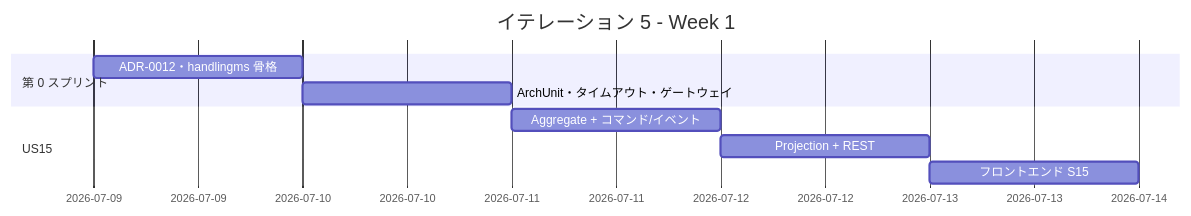
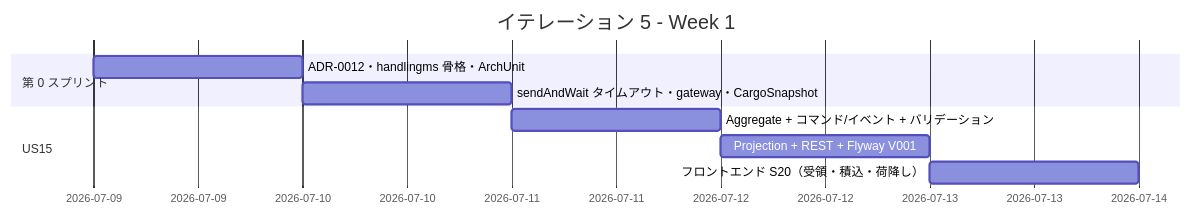
The first of 9 diagrams in docs/development/iteration_plan-5.md (k2works/case-study-cargo-tracker), drawn with Mermaid before and after one commit. The commit also changed other lines of this file, not shown here.

Commit message:
docs(iteration-5): IT4 品質水準に合わせ設計セクションを全面拡充（ドメインモデル・状態遷移・ER・ワイヤーフレーム・インタラクション図）

````diff
--- a/docs/development/iteration_plan-5.md
+++ b/docs/development/iteration_plan-5.md
@@ -188,12 +211,12 @@
 ```mermaid
 gantt
     title イテレーション 5 - Week 1
     dateFormat  YYYY-MM-DD
     section 第 0 スプリント
-    ADR-0012・handlingms 骨格   :d1, 2026-07-09, 1d
-    ArchUnit・タイムアウト・ゲートウェイ :d2, after d1, 1d
+    ADR-0012・handlingms 骨格・ArchUnit   :d1, 2026-07-09, 1d
+    sendAndWait タイムアウト・gateway・CargoSnapshot :d2, after d1, 1d
     section US15
-    Aggregate + コマンド/イベント   :d3, after d2, 1d
-    Projection + REST              :d4, after d3, 1d
-    フロントエンド S15              :d5, after d4, 1d
+    Aggregate + コマンド/イベント + バリデーション :d3, after d2, 1d
+    Projection + REST + Flyway V001      :d4, after d3, 1d
+    フロントエンド S20（受領・積込・荷降し） :d5, after d4, 1d
 ```
````
